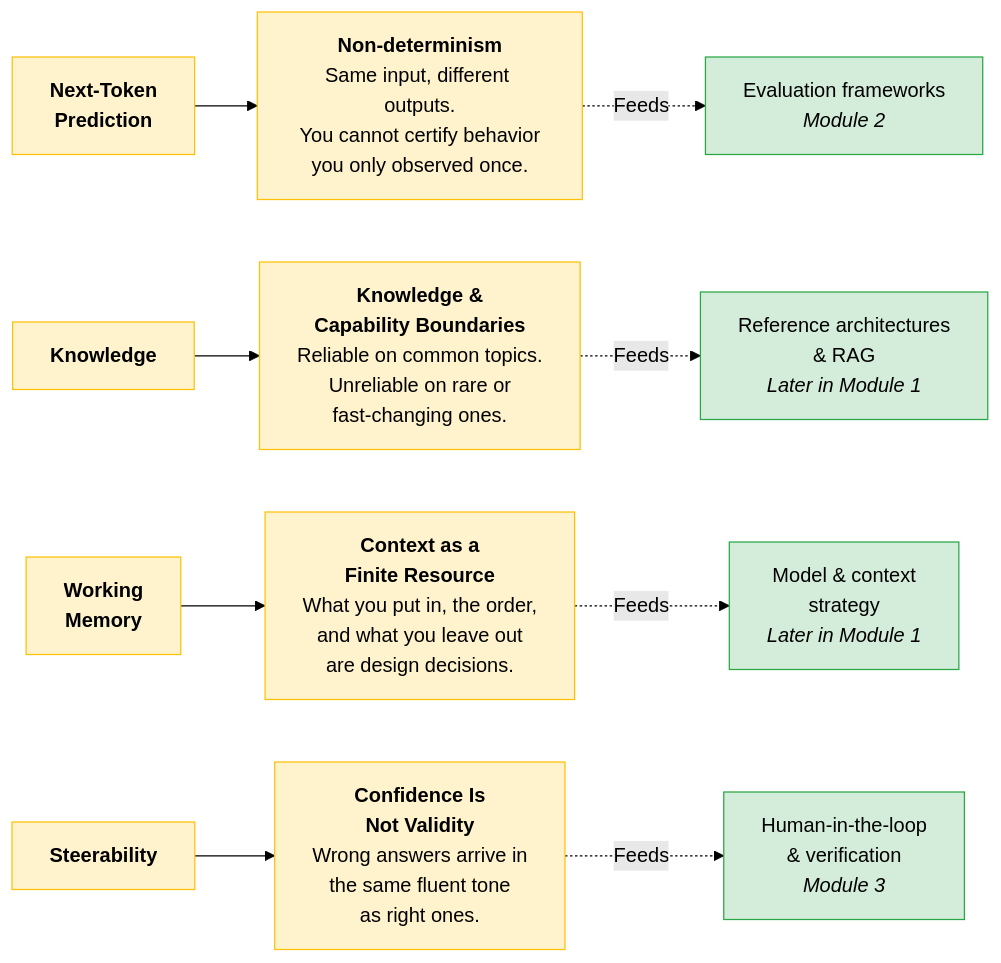
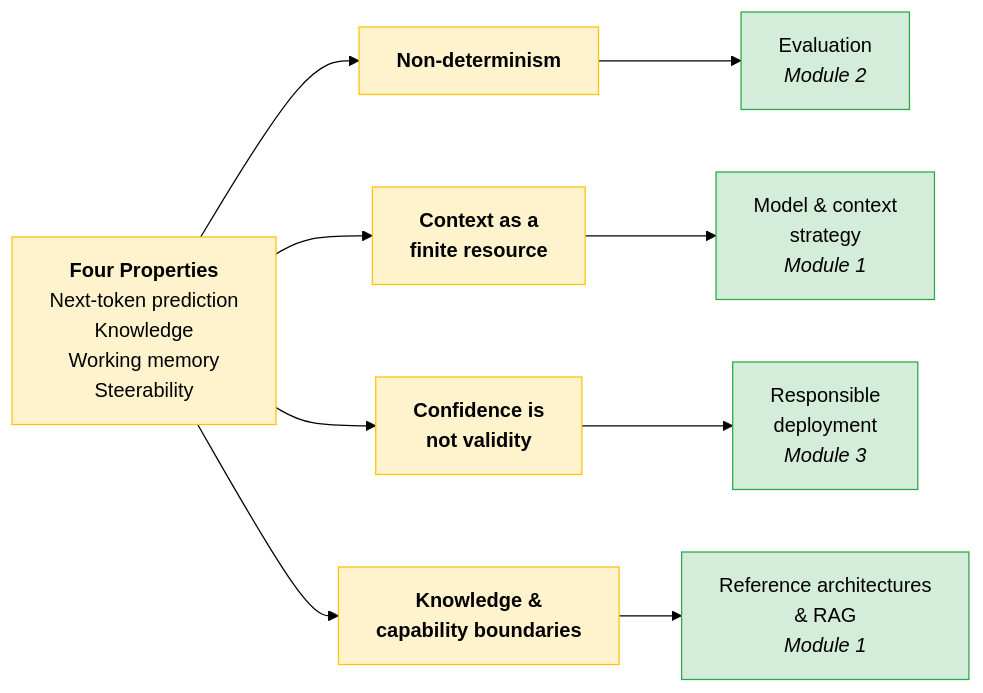
Before and after one commit to shreyabaid007/Claude-Certified-Architect: the first of 3 diagrams in Professional/01-Claude-Platform-and-Solution-Design/01-How-Claude-Behaves.md, drawn with Mermaid (forest theme). The commit also changed other lines of this file and 4 other files, not shown here.

````diff
--- a/Professional/01-Claude-Platform-and-Solution-Design/01-How-Claude-Behaves.md
+++ b/Professional/01-Claude-Platform-and-Solution-Design/01-How-Claude-Behaves.md
@@ -56,25 +68,27 @@
 ```mermaid
 flowchart LR
     classDef concept fill:#fff3cd,stroke:#ffc107,color:#000
     classDef action fill:#d4edda,stroke:#28a745,color:#000
 
-    P1["<b>Next-Token<br/>Prediction</b>"]:::concept
-    P2["<b>Knowledge</b>"]:::concept
-    P3["<b>Working<br/>Memory</b>"]:::concept
-    P4["<b>Steerability</b>"]:::concept
+    P["<b>Four Properties</b><br/>Next-token prediction<br/>Knowledge<br/>Working memory<br/>Steerability"]
+    C1["<b>Non-determinism</b>"]
+    C2["<b>Context as a<br/>finite resource</b>"]
+    C3["<b>Confidence is<br/>not validity</b>"]
+    C4["<b>Knowledge &<br/>capability boundaries</b>"]
+    M1["Evaluation<br/><i>Module 2</i>"]
+    M2["Model & context<br/>strategy<br/><i>Module 1</i>"]
+    M3["Responsible<br/>deployment<br/><i>Module 3</i>"]
+    M4["Reference architectures<br/>& RAG<br/><i>Module 1</i>"]
 
-    D1["<b>Non-determinism</b><br/>Same input, different outputs.<br/>You cannot certify behavior<br/>you only observed once."]:::concept
-    D2["<b>Knowledge &<br/>Capability Boundaries</b><br/>Reliable on common topics.<br/>Unreliable on rare or<br/>fast-changing ones."]:::concept
-    D3["<b>Context as a<br/>Finite Resource</b><br/>What you put in, the order,<br/>and what you leave out<br/>are design decisions."]:::concept
-    D4["<b>Confidence Is<br/>Not Validity</b><br/>Wrong answers arrive in<br/>the same fluent tone<br/>as right ones."]:::concept
+    P --> C1
+    P --> C2
+    P --> C3
+    P --> C4
+    C1 --> M1
+    C2 --> M2
+    C3 --> M3
+    C4 --> M4
 
-    P1 --> D1
-    P2 --> D2
-    P3 --> D3
-    P4 --> D4
-
-    D1 -. "Feeds" .-> E1["Evaluation frameworks<br/><i>Module 2</i>"]:::action
-    D2 -. "Feeds" .-> E2["Reference architectures<br/>& RAG<br/><i>Later in Module 1</i>"]:::action
-    D3 -. "Feeds" .-> E3["Model & context<br/>strategy<br/><i>Later in Module 1</i>"]:::action
-    D4 -. "Feeds" .-> E4["Human-in-the-loop<br/>& verification<br/><i>Module 3</i>"]:::action
+    class P,C1,C2,C3,C4 concept
+    class M1,M2,M3,M4 action
 ```
````
